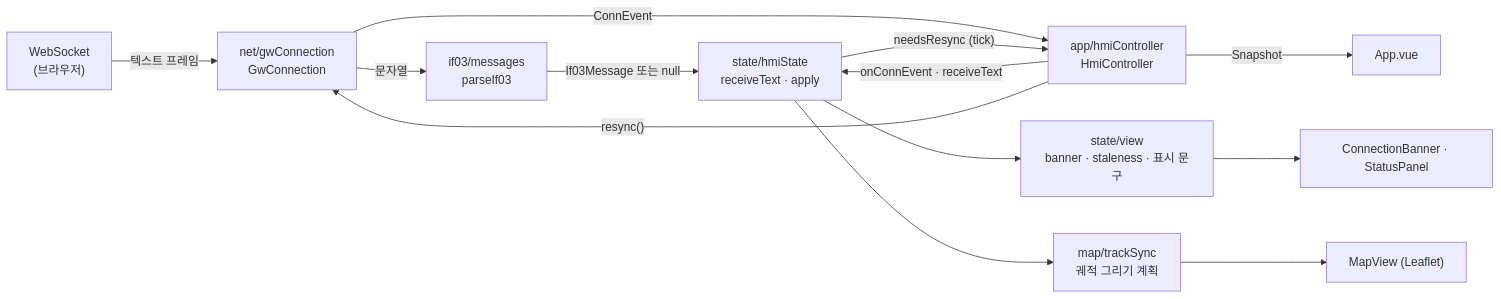
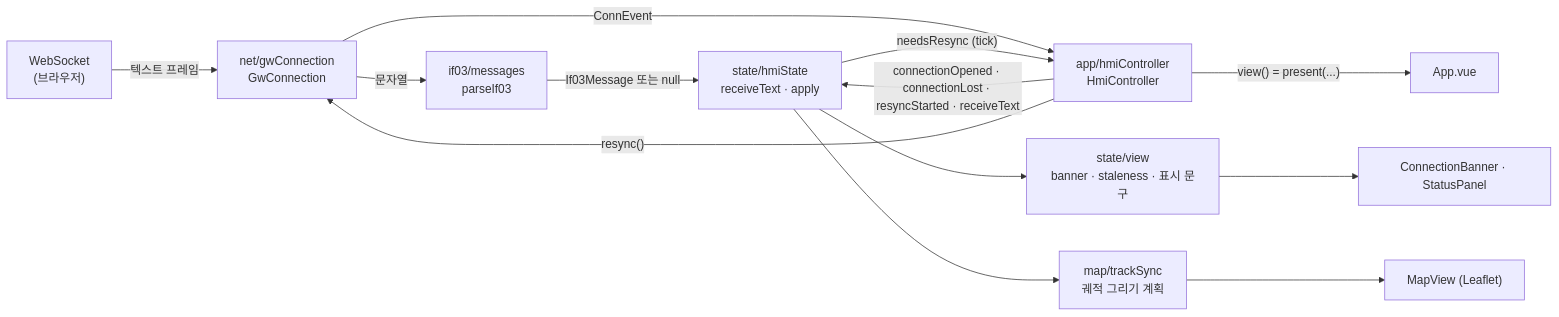
The fifth of 6 diagrams in docs/03_SDD.md (PuniPaw/ugv-control-hmi), drawn with Mermaid before and after one commit. The commit also changed other lines of this file and 4 other files, not shown here.

````diff
--- a/docs/03_SDD.md
+++ b/docs/03_SDD.md
@@ -189,15 +190,15 @@
 ```mermaid
 flowchart LR
     WS["WebSocket<br/>(브라우저)"] -->|텍스트 프레임| CONN["net/gwConnection<br/>GwConnection"]
     CONN -->|문자열| PARSE["if03/messages<br/>parseIf03"]
     PARSE -->|If03Message 또는 null| STATE["state/hmiState<br/>receiveText · apply"]
     CONN -->|"ConnEvent"| CTRL["app/hmiController<br/>HmiController"]
-    CTRL -->|"onConnEvent · receiveText"| STATE
+    CTRL -->|"connectionOpened · connectionLost · resyncStarted · receiveText"| STATE
     STATE -->|"needsResync (tick)"| CTRL
     CTRL -->|"resync()"| CONN
-    CTRL -->|Snapshot| APP["App.vue"]
+    CTRL -->|"view() = present(...)"| APP["App.vue"]
     STATE --> VIEW["state/view<br/>banner · staleness · 표시 문구"]
     STATE --> SYNC["map/trackSync<br/>궤적 그리기 계획"]
     VIEW --> UI["ConnectionBanner · StatusPanel"]
     SYNC --> MAP["MapView (Leaflet)"]
 ```
````
